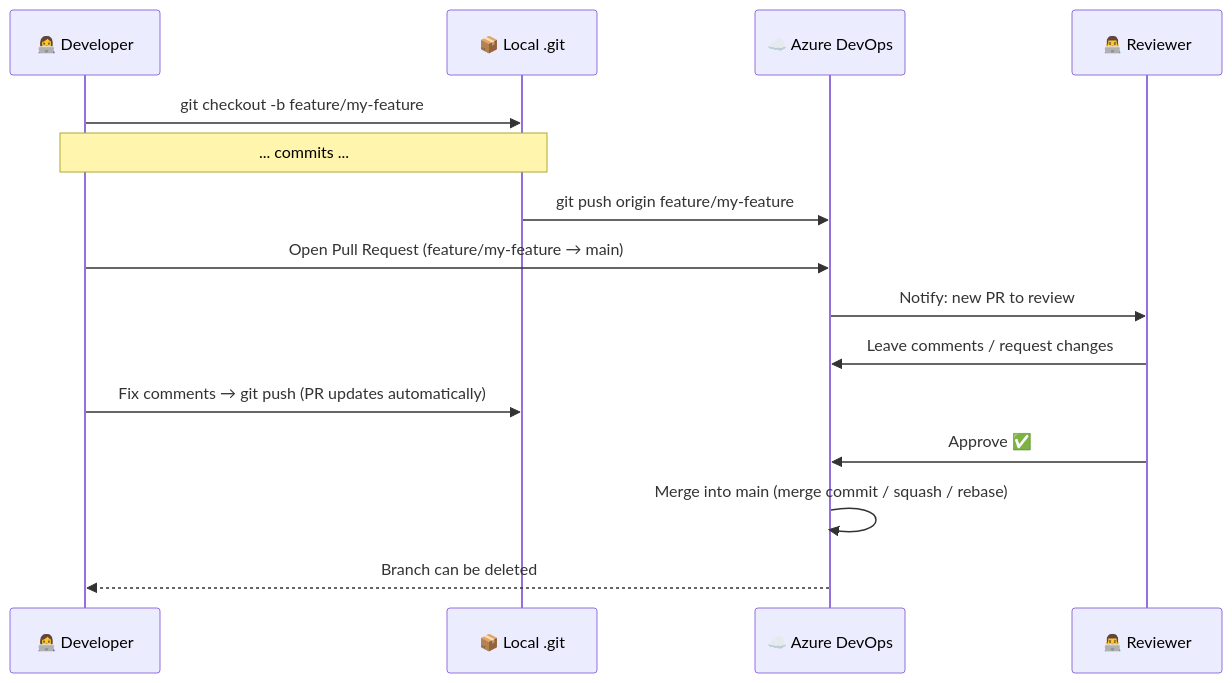
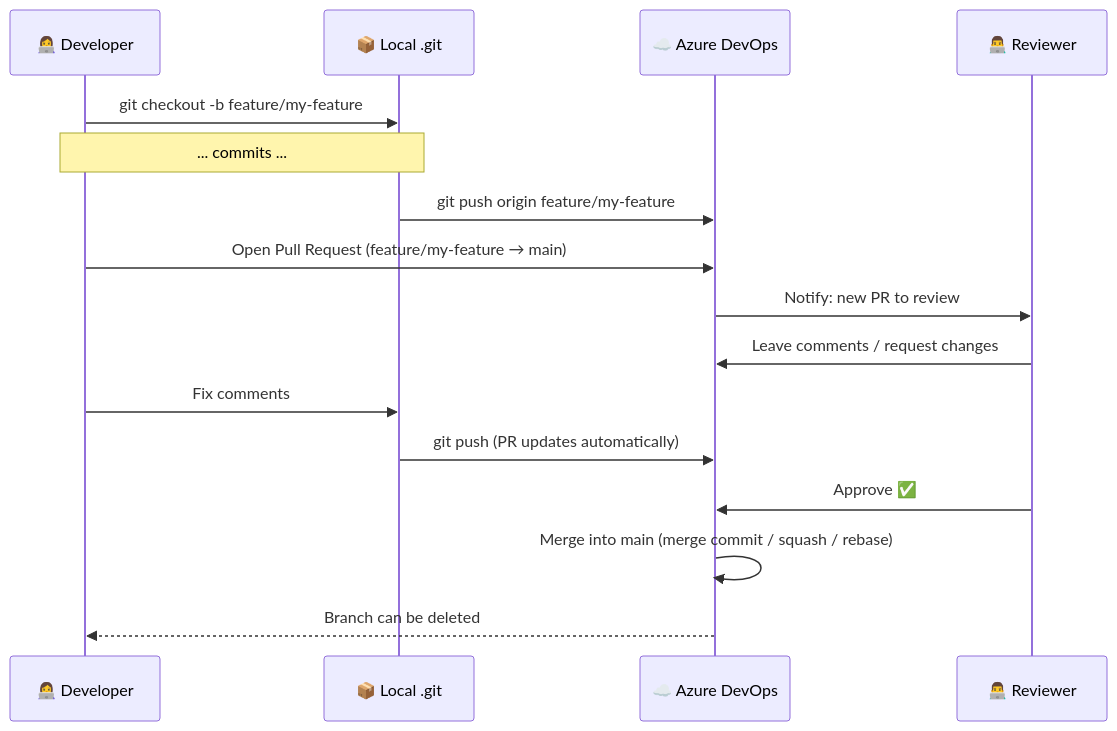
The first of 6 diagrams in 02-exercises/06-pull-requests/pull-requests-walkthrough.md (DaveFV91/GitCourse), drawn with Mermaid before and after one commit. The commit also changed other lines of this file and 5 other files, not shown here.

````diff
--- a/02-exercises/06-pull-requests/pull-requests-walkthrough.md
+++ b/02-exercises/06-pull-requests/pull-requests-walkthrough.md
@@ -24,18 +24,19 @@
 ```mermaid
 sequenceDiagram
     participant DEV as 👩‍💻 Developer
     participant GIT as 📦 Local .git
     participant ADO as ☁️ Azure DevOps
     participant REV as 👨‍💻 Reviewer
 
     DEV ->> GIT: git checkout -b feature/my-feature
     Note over DEV,GIT: ... commits ...
     GIT ->> ADO: git push origin feature/my-feature
     DEV ->> ADO: Open Pull Request (feature/my-feature → main)
     ADO ->> REV: Notify: new PR to review
     REV ->> ADO: Leave comments / request changes
-    DEV ->> GIT: Fix comments → git push (PR updates automatically)
+    DEV ->> GIT: Fix comments 
+    GIT ->> ADO: git push (PR updates automatically)
     REV ->> ADO: Approve ✅
     ADO ->> ADO: Merge into main (merge commit / squash / rebase)
     ADO -->> DEV: Branch can be deleted
 ```
````
